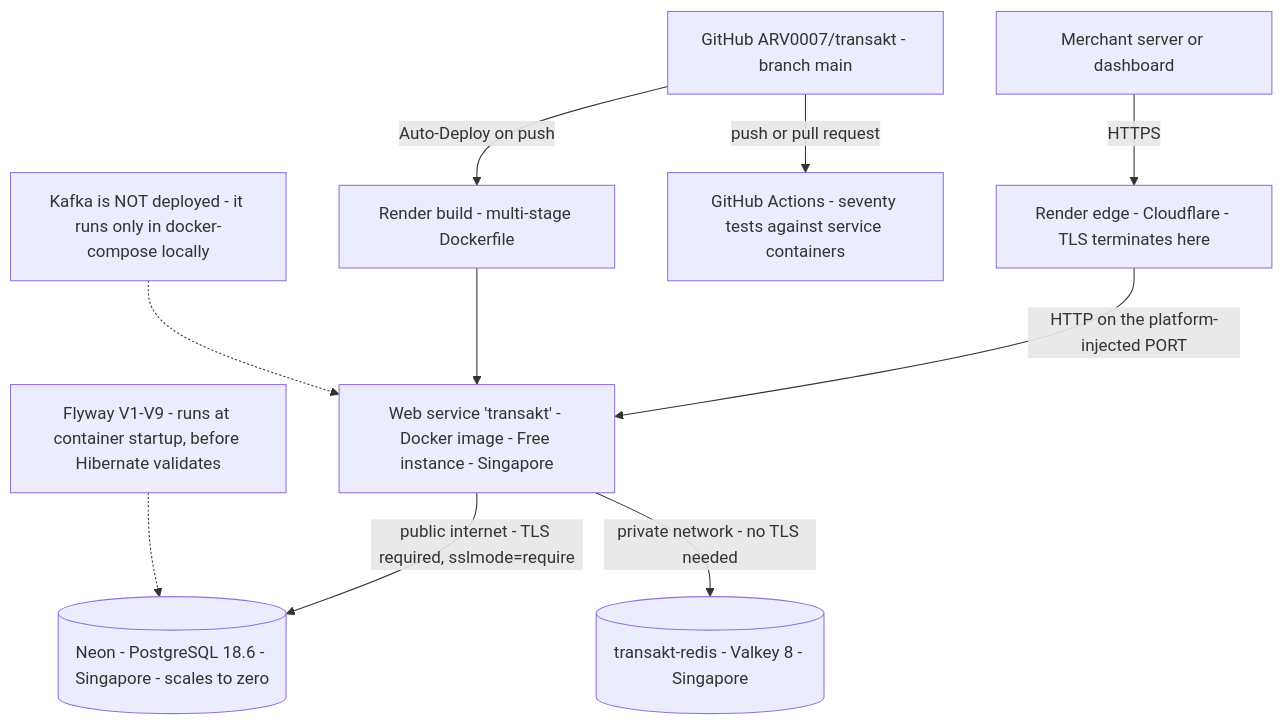
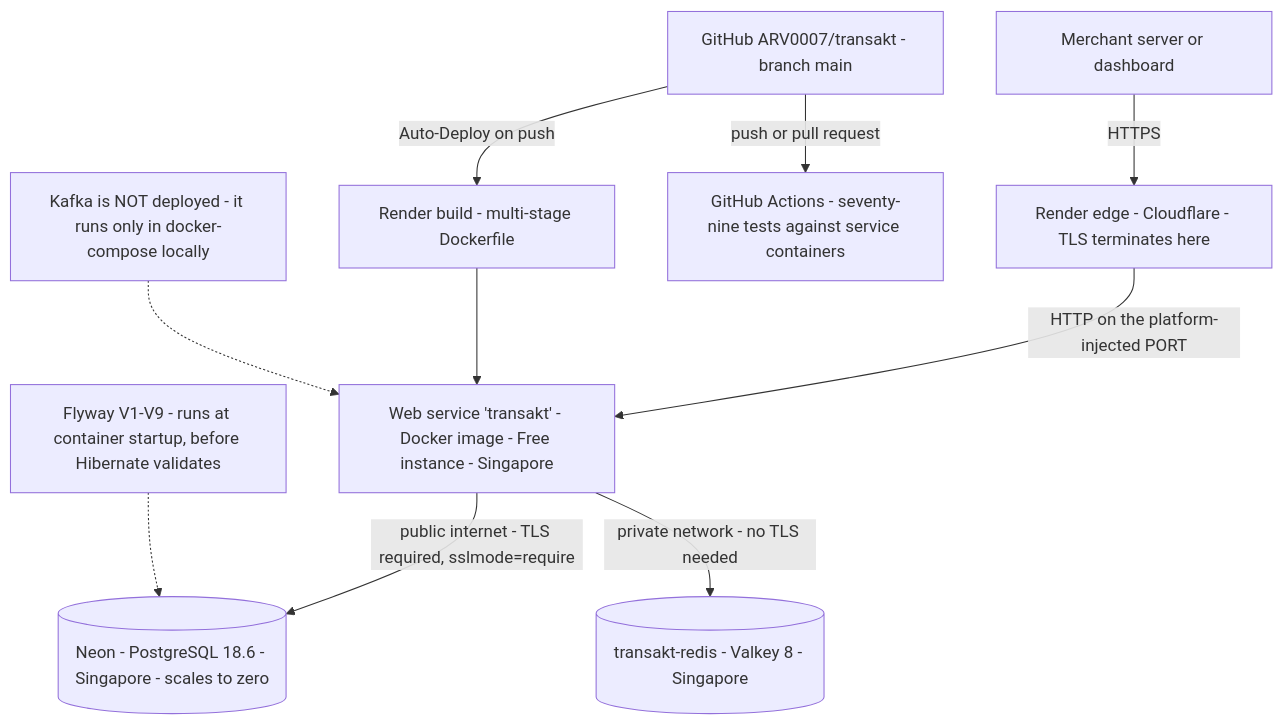
The first of 4 diagrams in docs/architecture.md (ARV0007/transakt), drawn with Mermaid before and after one commit. The commit also changed other lines of this file and 12 other files, not shown here.

````diff
--- a/docs/architecture.md
+++ b/docs/architecture.md
@@ -9,13 +9,13 @@
 ```mermaid
 flowchart TD
   client[Merchant server or dashboard]
   client -->|HTTPS| edge[Render edge - Cloudflare - TLS terminates here]
   edge -->|HTTP on the platform-injected PORT| app[Web service 'transakt' - Docker image - Free instance - Singapore]
   app -->|public internet - TLS required, sslmode=require| pg[(Neon - PostgreSQL 18.6 - Singapore - scales to zero)]
   app -->|private network - no TLS needed| kv[(transakt-redis - Valkey 8 - Singapore)]
   gh[GitHub ARV0007/transakt - branch main] -->|Auto-Deploy on push| build[Render build - multi-stage Dockerfile]
-  gh -->|push or pull request| ci[GitHub Actions - seventy tests against service containers]
+  gh -->|push or pull request| ci[GitHub Actions - seventy-nine tests against service containers]
   build --> app
   flyway[Flyway V1-V9 - runs at container startup, before Hibernate validates] -.-> pg
   note[Kafka is NOT deployed - it runs only in docker-compose locally] -.-> app
 ```
````
